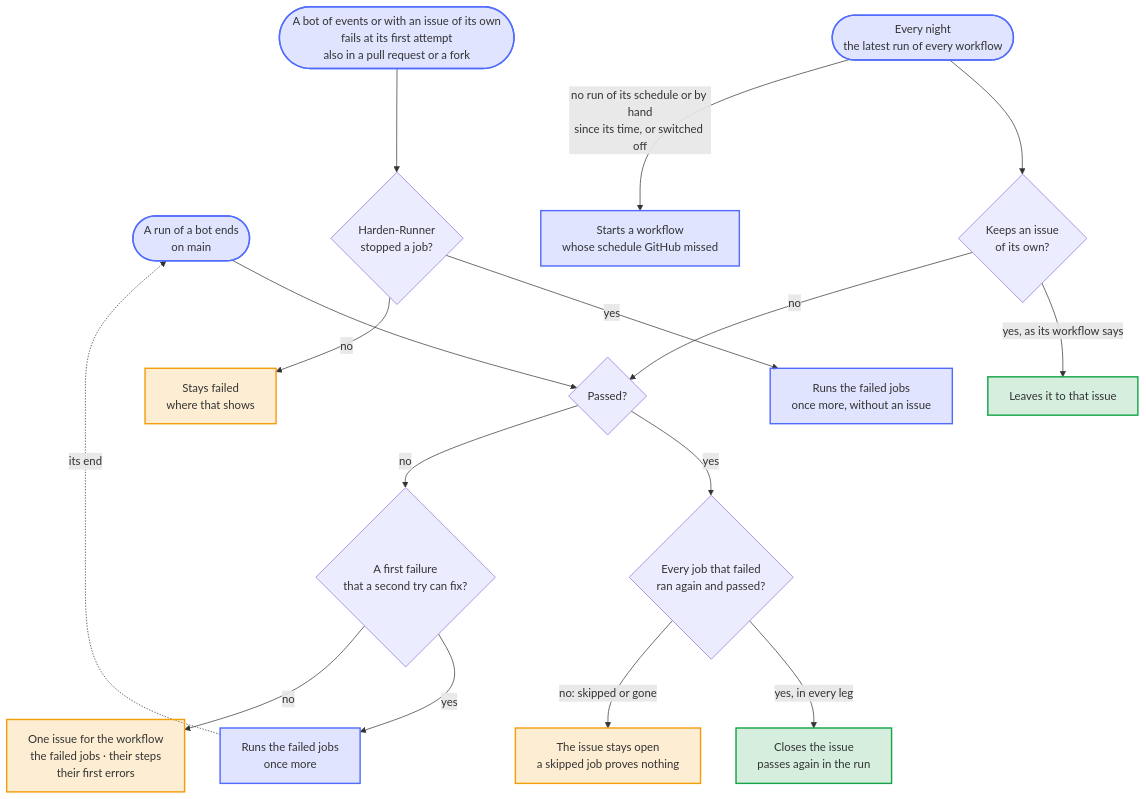
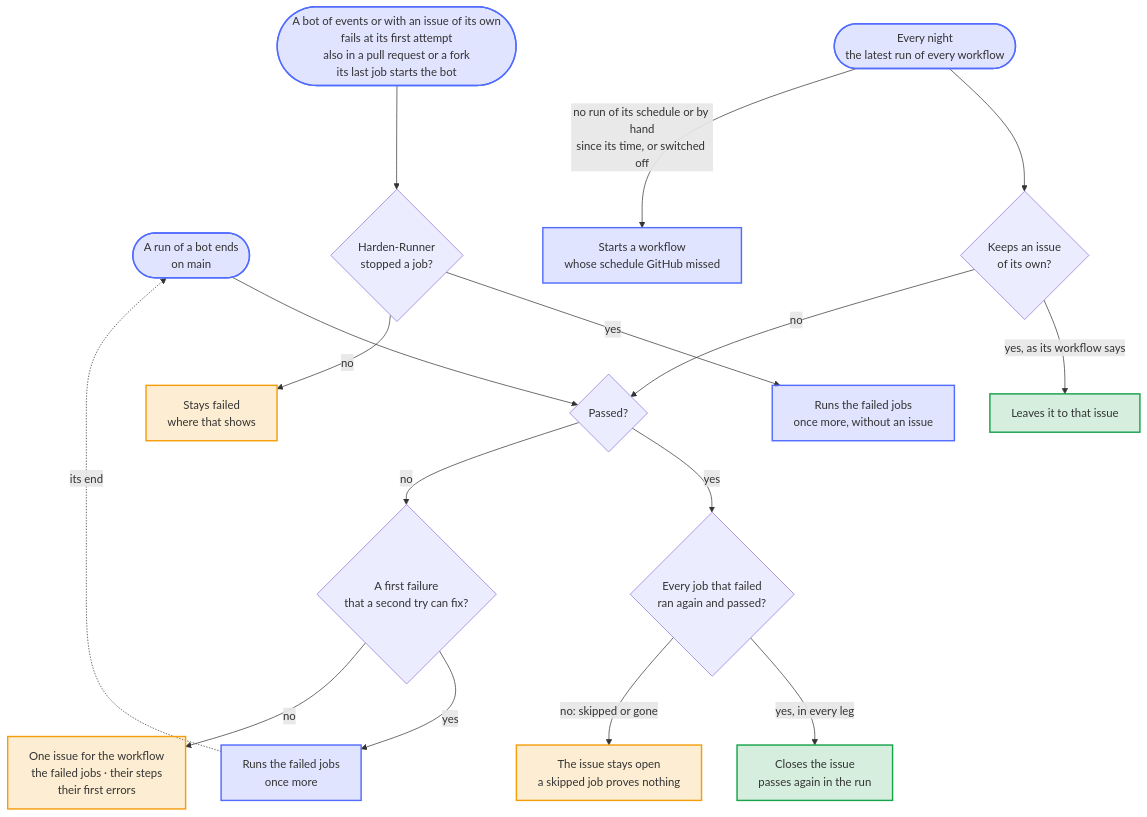
Before and after one commit to Dennis-Otto/repo-blueprint: the diagram in docs/diagrams/what-the-bot-health-bot-does-when-a-bot-fails.mmd, drawn with Mermaid. The commit also changed 30 other files, not shown here.

First line of the commit message:
feat(bot-health): start only after runs that it acts on (#1025)

```diff
--- a/docs/diagrams/what-the-bot-health-bot-does-when-a-bot-fails.mmd
+++ b/docs/diagrams/what-the-bot-health-bot-does-when-a-bot-fails.mmd
@@ -1,48 +1,48 @@
 ---
 config:
   flowchart:
     wrappingWidth: 400
 ---
 flowchart TB
     accTitle: What the bot-health bot does when a bot fails
-    accDescr: When a run of a bot or a scheduled workflow ends on the default branch, the bot-health bot looks at it; other runs of pull requests start nothing. When a bot of events, such as Welcome, or a workflow that keeps an issue of its own fails at its first attempt, also in a pull request or a fork, its failed jobs run once more without an issue if Harden-Runner stopped one of them; otherwise it stays failed where that shows. A first failure that a second try can fix runs its failed jobs once more. A failure that stays opens one issue for the workflow, or updates it, with the failed jobs, their steps and their first errors. A run that passes closes the issue once every job that failed ran again in it and passed, in every leg of a matrix; a run that skipped such a job, or one without it, leaves the issue open. Every night, the bot looks at the latest run of every workflow, in case GitHub lost an event, but leaves a workflow that keeps an issue of its own to that issue. It starts a workflow whose schedule GitHub missed or switched off: one with no run of its schedule or by hand since the time of its schedule, whatever pushes ran it since.
+    accDescr: When a run of a bot or a scheduled workflow ends on the default branch, the bot-health bot looks at it; other runs of pull requests start nothing. When a bot of events, such as Welcome, or a workflow that keeps an issue of its own fails at its first attempt, also in a pull request or a fork, its last job starts the bot, which runs its failed jobs once more without an issue if Harden-Runner stopped one of them; otherwise it stays failed where that shows. A first failure that a second try can fix runs its failed jobs once more. A failure that stays opens one issue for the workflow, or updates it, with the failed jobs, their steps and their first errors. A run that passes closes the issue once every job that failed ran again in it and passed, in every leg of a matrix; a run that skipped such a job, or one without it, leaves the issue open. Every night, the bot looks at the latest run of every workflow, in case GitHub lost an event, but leaves a workflow that keeps an issue of its own to that issue. It starts a workflow whose schedule GitHub missed or switched off: one with no run of its schedule or by hand since the time of its schedule, whatever pushes ran it since.
 
     run(["A run of a bot ends<br>on main"])
     nightly(["Every night<br>the latest run of every workflow"])
     own{"Keeps an issue<br>of its own?"}
     left["Leaves it to that issue"]
     passed{"Passed?"}
     jobs{"Every job that failed<br>ran again and passed?"}
     waits["The issue stays open<br>a skipped job proves nothing"]
     first{"A first failure<br>that a second try can fix?"}
     again["Runs the failed jobs<br>once more"]
     issue["One issue for the workflow<br>the failed jobs · their steps<br>their first errors"]
     closed["Closes the issue<br>passes again in the run"]
     missed["Starts a workflow<br>whose schedule GitHub missed"]
-    event(["A bot of events or with an issue of its own<br>fails at its first attempt<br>also in a pull request or a fork"])
+    event(["A bot of events or with an issue of its own<br>fails at its first attempt<br>also in a pull request or a fork<br>its last job starts the bot"])
     stopped{"Harden-Runner<br>stopped a job?"}
     retried["Runs the failed jobs<br>once more, without an issue"]
     stays["Stays failed<br>where that shows"]
 
     run --> passed
     nightly --> own
     own -- "yes, as its workflow says" --> left
     own -- "no" --> passed
     nightly -- "no run of its schedule or by hand<br>since its time, or switched off" --> missed
     passed -- "yes" --> jobs
     jobs -- "yes, in every leg" --> closed
     jobs -- "no: skipped or gone" --> waits
     passed -- "no" --> first
     first -- "yes" --> again
     again -. "its end" .-> run
     first -- "no" --> issue
     event --> stopped
     stopped -- "yes" --> retried
     stopped -- "no" --> stays
 
     classDef bot fill:#526cfe2e,stroke:#526cfe,stroke-width:2px
     classDef person fill:#f59e0b2e,stroke:#f59e0b,stroke-width:2px
     classDef done fill:#16a34a2e,stroke:#16a34a,stroke-width:2px
     class run,nightly,again,missed,event,retried bot
     class issue,waits,stays person
     class closed,left done
```
